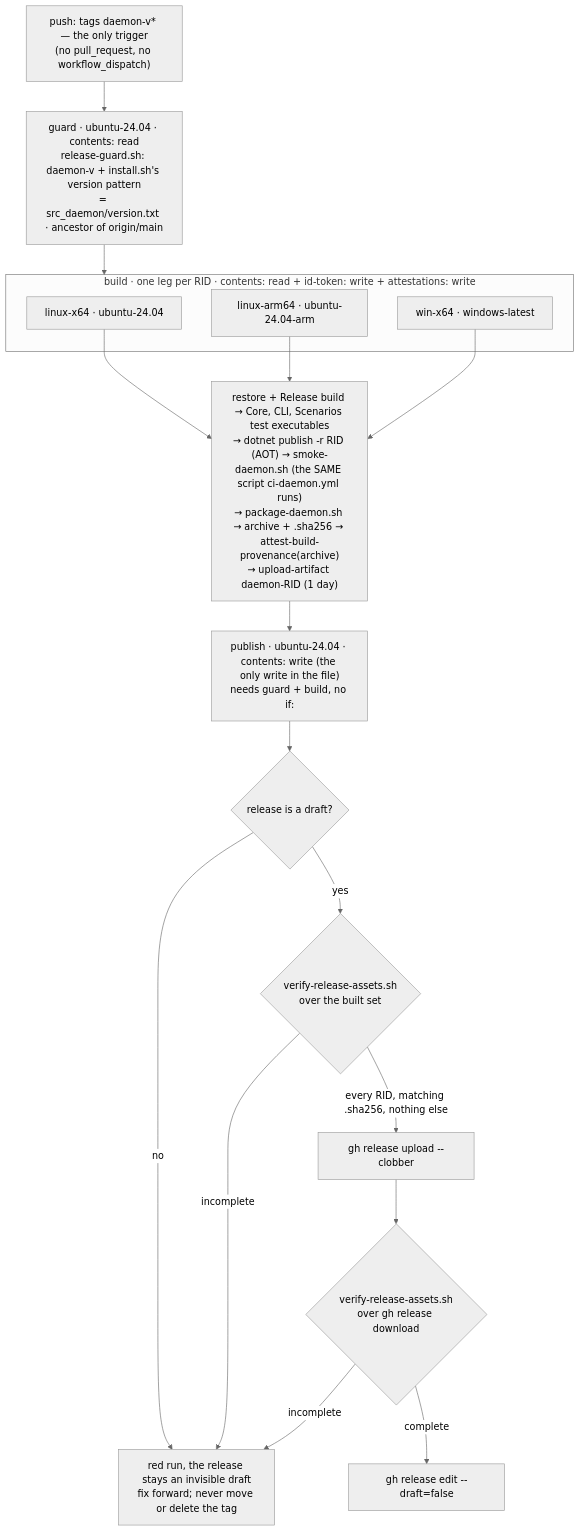
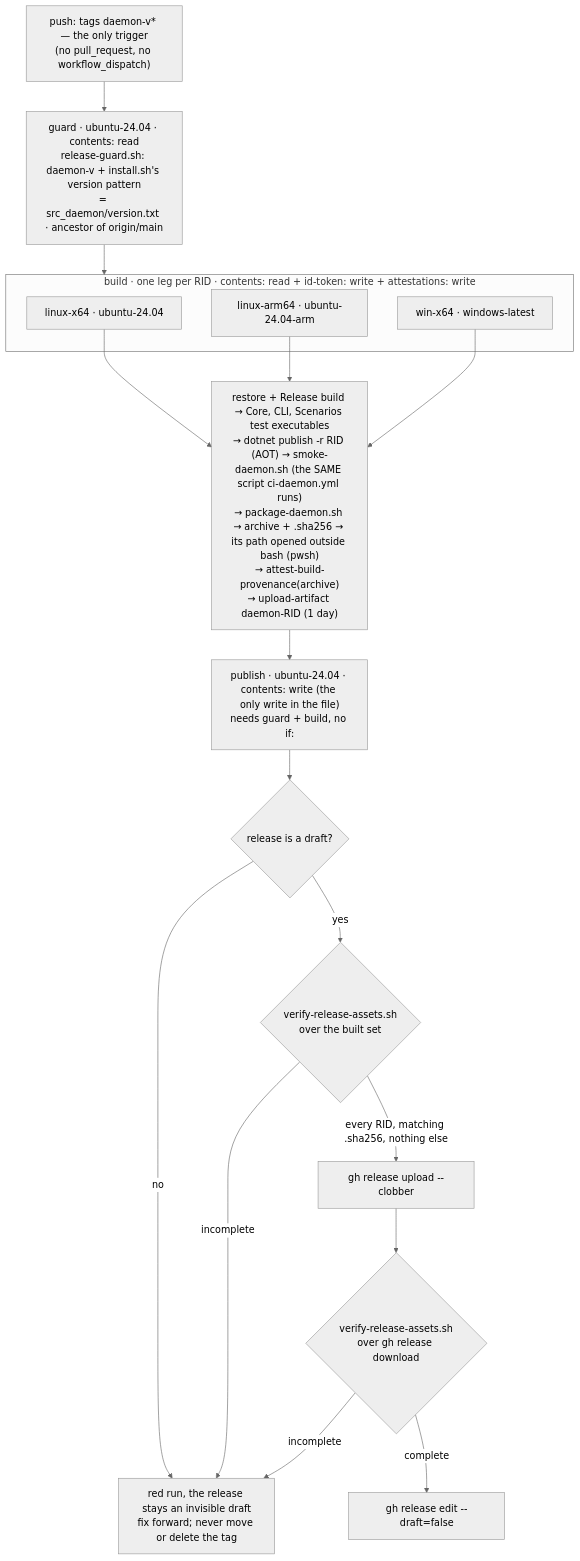
Diagram 14 of 18 in research/architecture.md (oleksandrdubyna88/wsl_care), drawn with Mermaid (neutral theme) before and after one commit. The commit also changed other lines of this file and 21 other files, not shown here.

First line of the commit message:
fix(release): native archive path, Windows packaging on every pull request, honest release-please config

````diff
--- a/research/architecture.md
+++ b/research/architecture.md
@@ -1362,30 +1362,30 @@
 ```mermaid
 flowchart TD
     tag["push: tags daemon-v* — the only trigger<br/>(no pull_request, no workflow_dispatch)"]
     guard["guard · ubuntu-24.04 · contents: read<br/>release-guard.sh: daemon-v + install.sh's version pattern<br/>= src_daemon/version.txt · ancestor of origin/main"]
     subgraph legs["build · one leg per RID · contents: read + id-token: write + attestations: write"]
         l1["linux-x64 · ubuntu-24.04"]
         l2["linux-arm64 · ubuntu-24.04-arm"]
         l3["win-x64 · windows-latest"]
     end
-    steps["restore + Release build → Core, CLI, Scenarios test executables<br/>→ dotnet publish -r RID (AOT) → smoke-daemon.sh (the SAME script ci-daemon.yml runs)<br/>→ package-daemon.sh → archive + .sha256 → attest-build-provenance(archive)<br/>→ upload-artifact daemon-RID (1 day)"]
+    steps["restore + Release build → Core, CLI, Scenarios test executables<br/>→ dotnet publish -r RID (AOT) → smoke-daemon.sh (the SAME script ci-daemon.yml runs)<br/>→ package-daemon.sh → archive + .sha256 → its path opened outside bash (pwsh)<br/>→ attest-build-provenance(archive)<br/>→ upload-artifact daemon-RID (1 day)"]
     pub["publish · ubuntu-24.04 · contents: write (the only write in the file)<br/>needs guard + build, no if:"]
     d{"release is a draft?"}
     v1{"verify-release-assets.sh<br/>over the built set"}
     up["gh release upload --clobber"]
     v2{"verify-release-assets.sh<br/>over gh release download"}
     live["gh release edit --draft=false"]
     stop["red run, the release stays an invisible draft<br/>fix forward; never move or delete the tag"]
 
     tag --> guard --> legs
     l1 --> steps
     l2 --> steps
     l3 --> steps
     steps --> pub --> d
     d -- no --> stop
     d -- yes --> v1
     v1 -- incomplete --> stop
     v1 -- "every RID, matching .sha256, nothing else" --> up --> v2
     v2 -- incomplete --> stop
     v2 -- complete --> live
 ```
````
